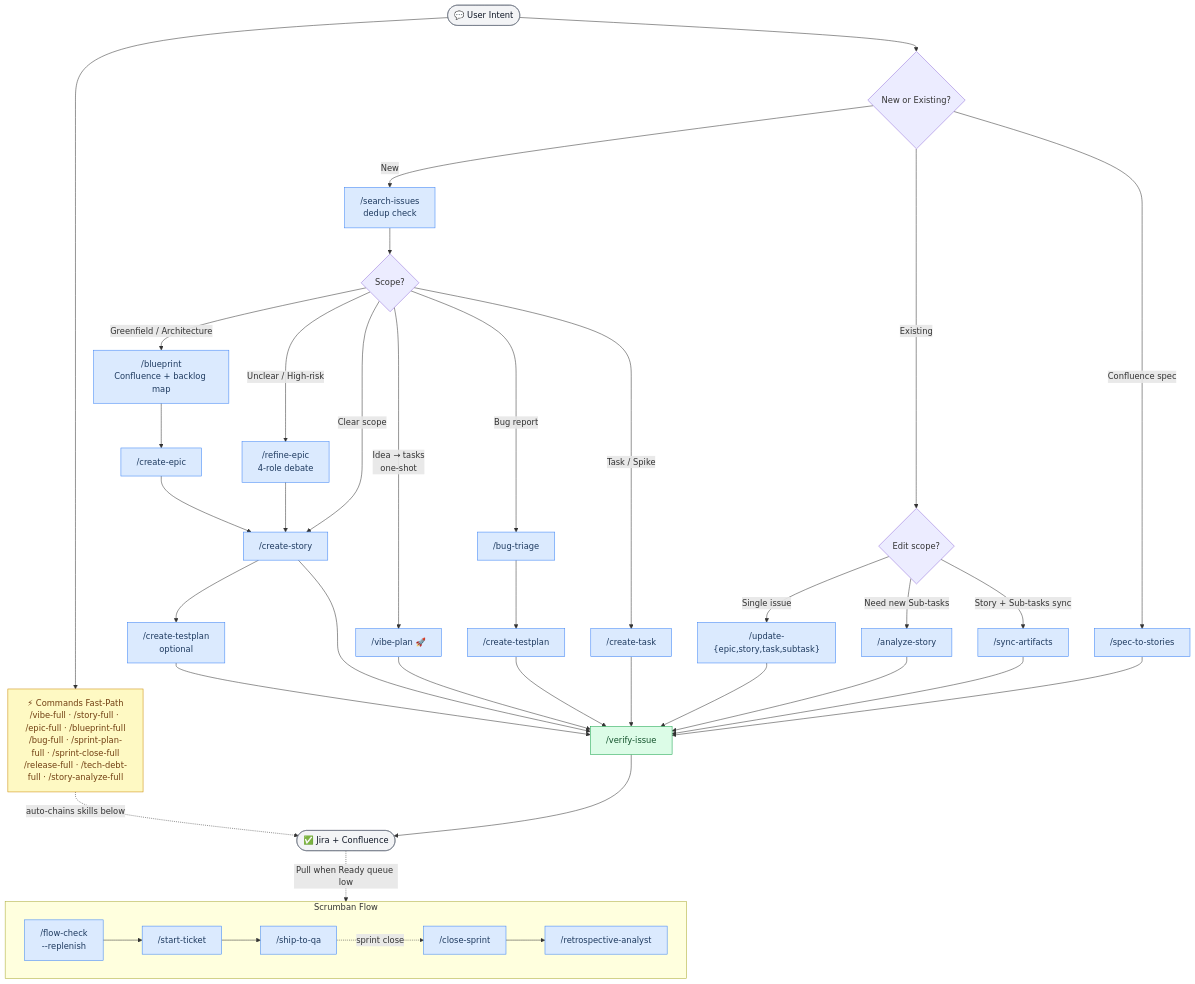
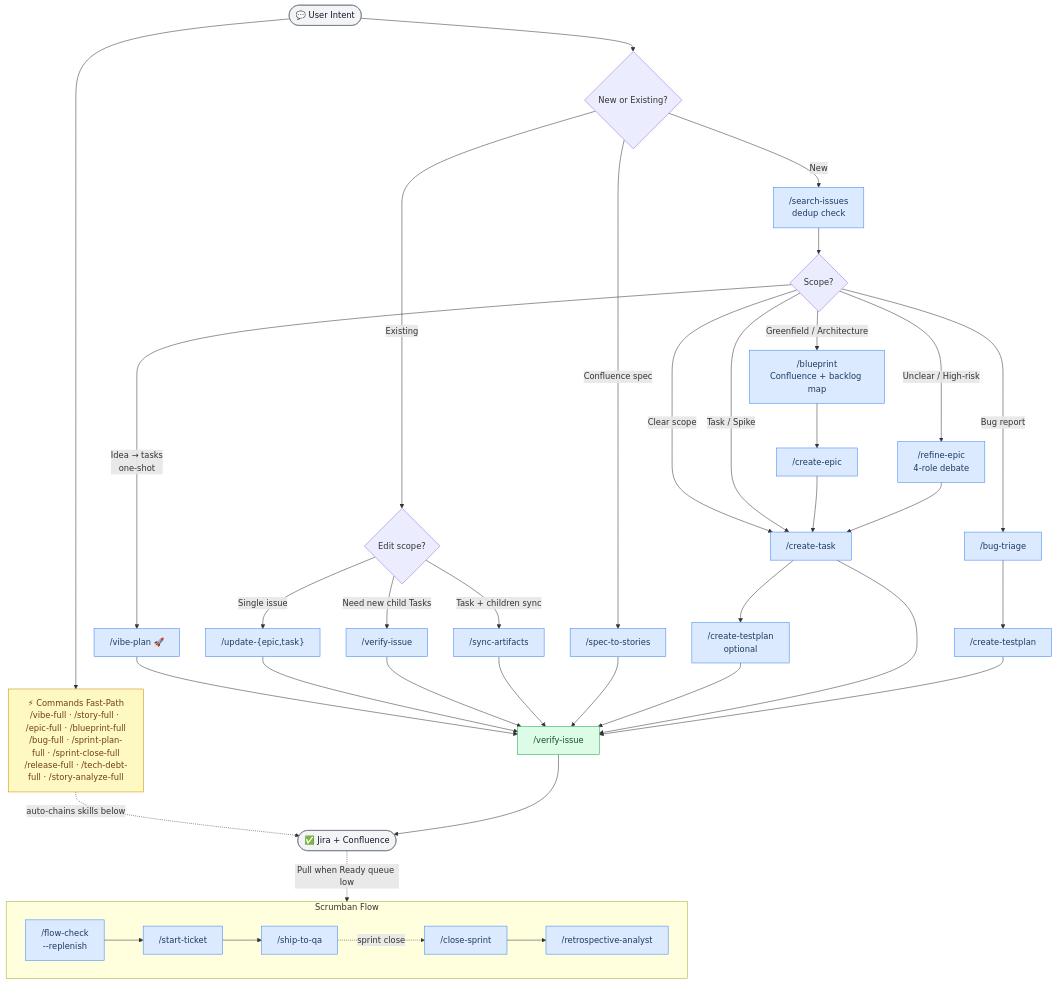
The diagram in README.md (wasikarn/atlassian-pm), drawn with Mermaid before and after one commit. The commit also changed other lines of this file and 26 other files, not shown here.

````diff
--- a/README.md
+++ b/README.md
@@ -43,53 +43,52 @@
 ```mermaid
 flowchart TD
     A([💬 User Intent]) --> CMD["⚡ Commands Fast-Path\n/vibe-full · /story-full · /epic-full · /blueprint-full\n/bug-full · /sprint-plan-full · /sprint-close-full\n/release-full · /tech-debt-full · /story-analyze-full"]
     A --> B{New or Existing?}
     CMD -.->|"auto-chains skills below"| M
     VP --> V
 
     B -->|New| C["/search-issues\ndedup check"]
     B -->|Existing| D{Edit scope?}
     B -->|"Confluence spec"| SS["/spec-to-stories"]
 
-    D -->|Single issue| E["/update-{epic,story,task,subtask}"]
-    D -->|Need new Sub-tasks| AS["/analyze-story"]
-    D -->|Story + Sub-tasks sync| F["/sync-artifacts"]
+    D -->|Single issue| E["/update-{epic,task}"]
+    D -->|Need new child Tasks| VF["/verify-issue"]
+    D -->|Task + children sync| F["/sync-artifacts"]
 
     E --> V["/verify-issue"]
-    AS --> V
+    VF --> V
     F --> V
     SS --> V
 
     C --> G{Scope?}
     G -->|"Greenfield / Architecture"| H["/blueprint\nConfluence + backlog map"]
     G -->|"Unclear / High-risk"| I["/refine-epic\n4-role debate"]
-    G -->|"Clear scope"| K["/create-story"]
+    G -->|"Clear scope"| K["/create-task"]
     G -->|"Idea → tasks\none-shot"| VP["/vibe-plan 🚀"]
     G -->|"Bug report"| BT["/bug-triage"]
-    G -->|"Task / Spike"| T["/create-task"]
+    G -->|"Task / Spike"| K
 
     H --> J["/create-epic"] --> K
     I --> K
     K --> L["/create-testplan\noptional"] --> V
     K --> V
     BT --> TP["/create-testplan"] --> V
-    T --> V
     V --> M([✅ Jira + Confluence])
 
     subgraph flow["Scrumban Flow"]
         direction LR
         FC["/flow-check\n--replenish"] --> ST["/start-ticket"]
         ST --> SQ["/ship-to-qa"]
         SQ -.->|"sprint close"| Q["/close-sprint"] --> R["/retrospective-analyst"]
     end
     M -.->|"Pull when Ready queue low"| flow
 
     classDef skill fill:#dbeafe,stroke:#3b82f6,color:#1e3a5f
     classDef gate fill:#dcfce7,stroke:#16a34a,color:#14532d
     classDef endpoint fill:#f3f4f6,stroke:#6b7280,color:#111827
     classDef cmd fill:#fef9c3,stroke:#ca8a04,color:#713f12
-    class C,E,F,AS,H,I,J,K,L,FC,ST,SQ,T,BT,TP,Q,R,SS,VP skill
+    class C,E,F,VF,H,I,J,K,L,FC,ST,SQ,BT,TP,Q,R,SS,VP skill
     class V gate
     class A,M endpoint
     class CMD cmd
 ```
````
